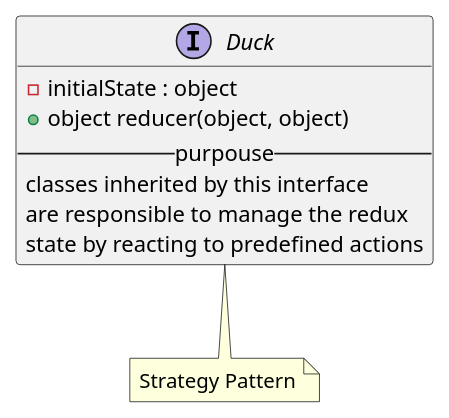
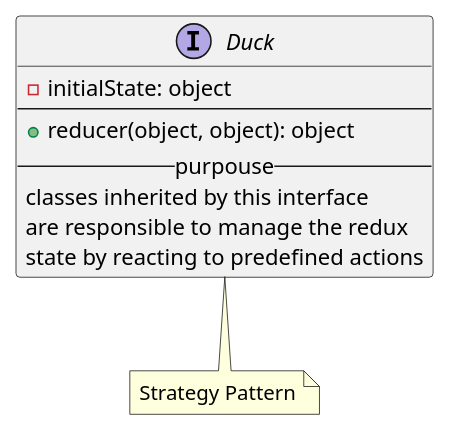
The diagram in redux/interfaces/duck.iuml (M9k/Marvin-Uml), drawn with PlantUML before and after one commit.

Commit message:
Raffinamento interfaccia duck

```diff
--- a/redux/interfaces/duck.iuml
+++ b/redux/interfaces/duck.iuml
@@ -1,11 +1,12 @@
 interface Duck{
-  - initialState : object
-  + object reducer(object, object)
+  - initialState: object
+  --
+  + reducer(object, object): object
   -- purpouse --
   classes inherited by this interface
   are responsible to manage the redux
   state by reacting to predefined actions
 }
 note bottom of Duck
  Strategy Pattern
 end note
```
